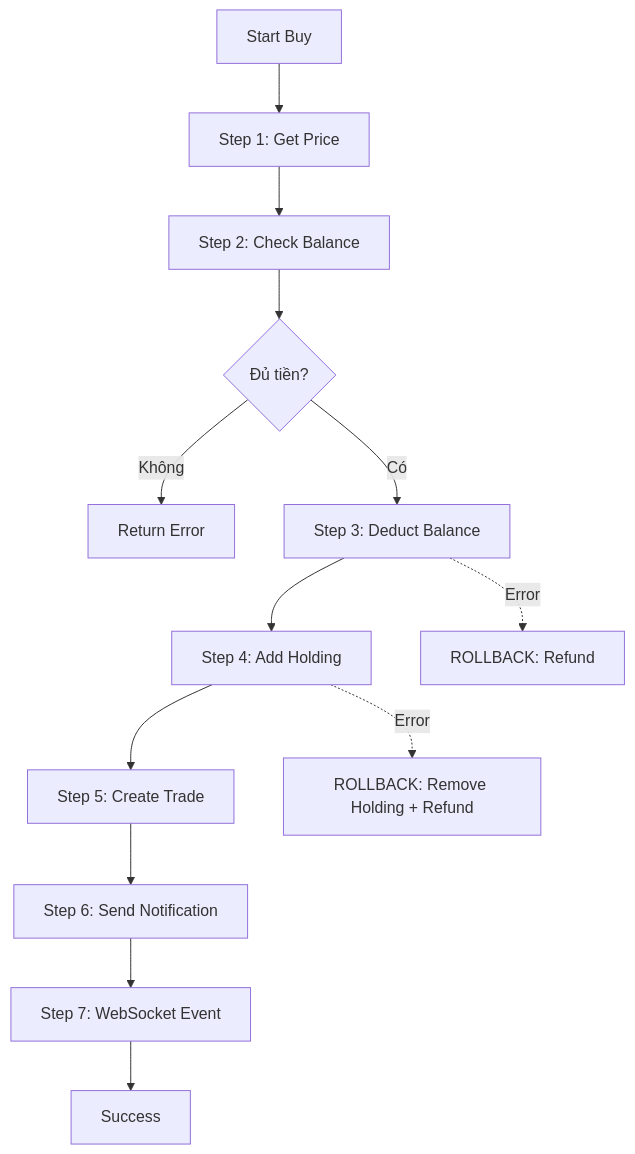
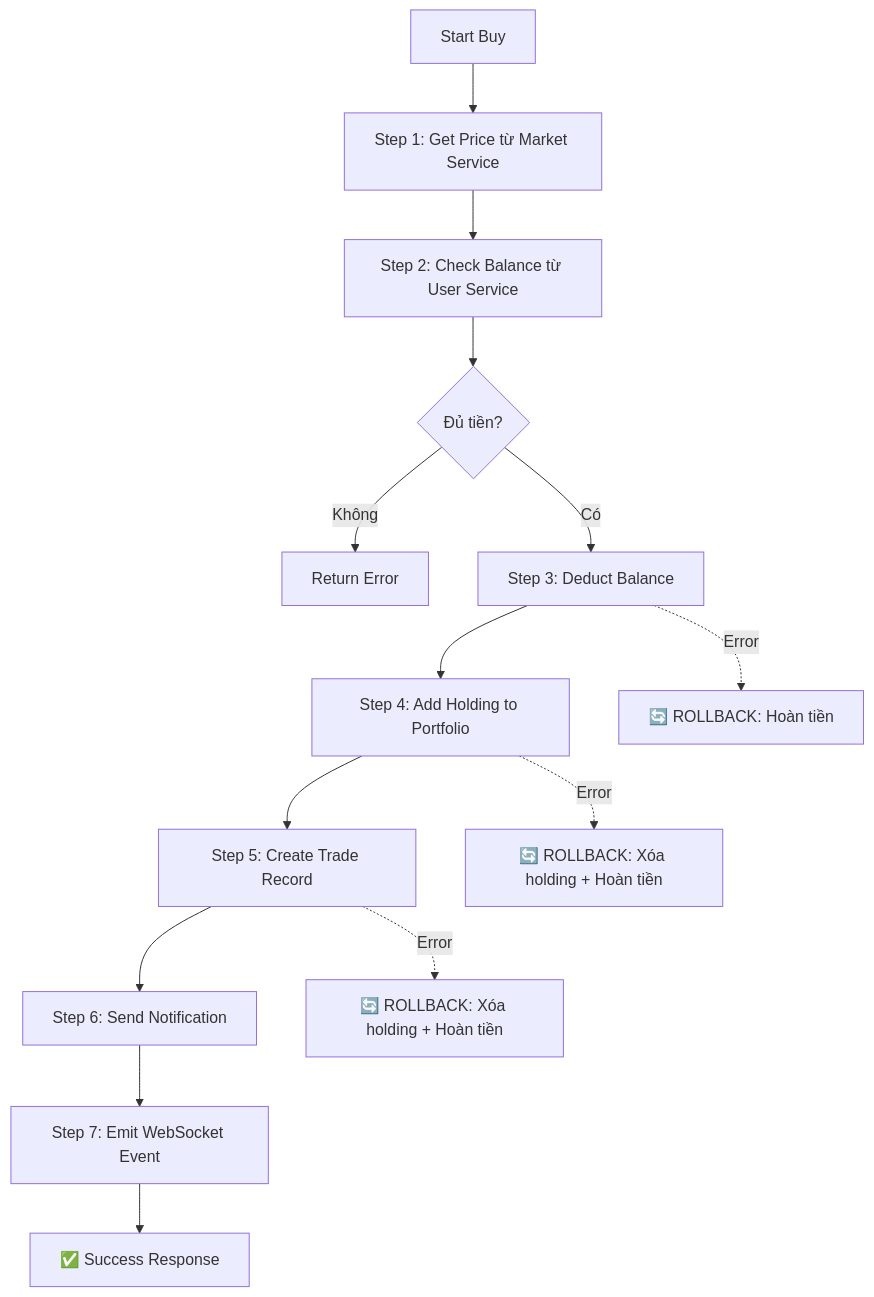
Diagram 16 of 27 in docs/BAO_CAO_KIEN_TRUC_HUONG_DICH_VU.md (doanthetin193/CryptoTradingSOA), drawn with Mermaid before and after one commit. The commit also changed other lines of this file and 1 other file, not shown here.

````diff
--- a/docs/BAO_CAO_KIEN_TRUC_HUONG_DICH_VU.md
+++ b/docs/BAO_CAO_KIEN_TRUC_HUONG_DICH_VU.md
@@ -724,16 +913,17 @@
 ```mermaid
 flowchart TD
-    A[Start Buy] --> B[Step 1: Get Price]
-    B --> C[Step 2: Check Balance]
+    A[Start Buy] --> B[Step 1: Get Price từ Market Service]
+    B --> C[Step 2: Check Balance từ User Service]
     C --> D{Đủ tiền?}
     D -->|Không| E[Return Error]
     D -->|Có| F[Step 3: Deduct Balance]
-    F --> G[Step 4: Add Holding]
-    G --> H[Step 5: Create Trade]
+    F --> G[Step 4: Add Holding to Portfolio]
+    G --> H[Step 5: Create Trade Record]
     H --> I[Step 6: Send Notification]
-    I --> J[Step 7: WebSocket Event]
-    J --> K[Success]
+    I --> J[Step 7: Emit WebSocket Event]
+    J --> K[✅ Success Response]
     
-    F -.->|Error| R1[ROLLBACK: Refund]
-    G -.->|Error| R2[ROLLBACK: Remove Holding + Refund]
+    F -.->|Error| R1[🔄 ROLLBACK: Hoàn tiền]
+    G -.->|Error| R2[🔄 ROLLBACK: Xóa holding + Hoàn tiền]
+    H -.->|Error| R3[🔄 ROLLBACK: Xóa holding + Hoàn tiền]
 ```
````
